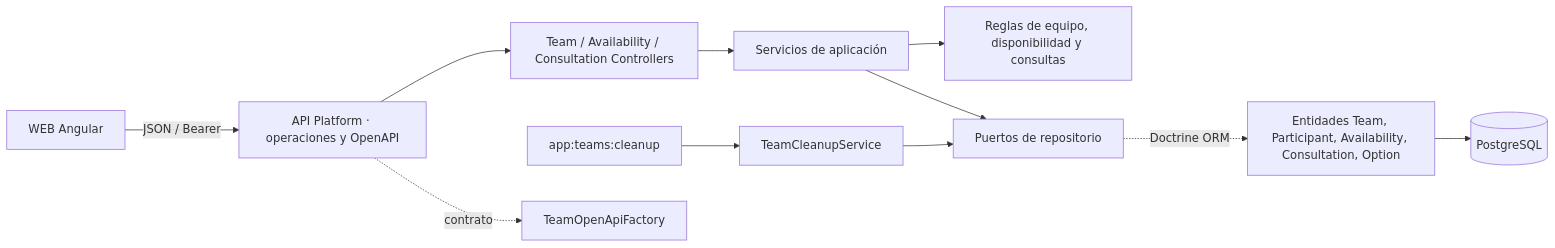
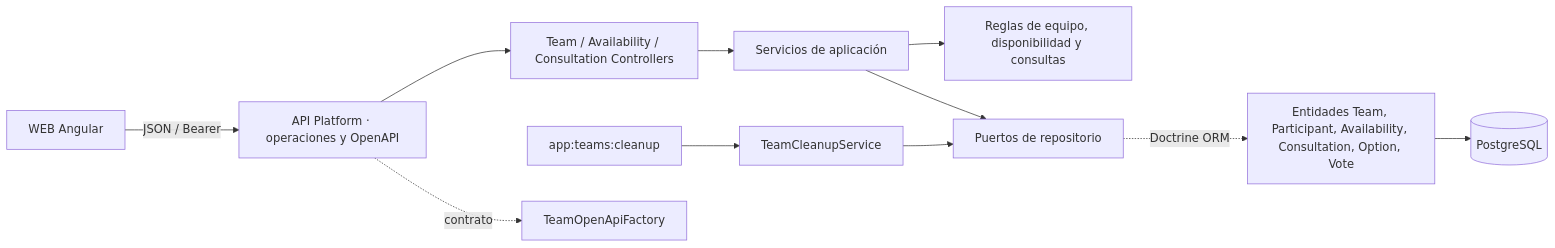
Before and after one commit to franciscoferrandez/SynqoApp: the first of 2 diagrams in doc/architecture/api.md, drawn with Mermaid. The commit also changed other lines of this file and 7 other files, not shown here.

````diff
--- a/doc/architecture/api.md
+++ b/doc/architecture/api.md
@@ -5,13 +5,13 @@
 ```mermaid
 flowchart LR
     Web[WEB Angular] -->|JSON / Bearer| Operations[API Platform · operaciones y OpenAPI]
     Operations --> Controllers[Team / Availability / Consultation Controllers]
     Controllers --> Services[Servicios de aplicación]
     Services --> Rules[Reglas de equipo, disponibilidad y consultas]
     Services --> Ports[Puertos de repositorio]
-    Ports -. Doctrine ORM .-> Records[Entidades Team, Participant, Availability, Consultation, Option]
+    Ports -. Doctrine ORM .-> Records[Entidades Team, Participant, Availability, Consultation, Option, Vote]
     Records --> DB[(PostgreSQL)]
     Command[app:teams:cleanup] --> Cleanup[TeamCleanupService]
     Cleanup --> Ports
     Operations -. contrato .-> OpenAPI[TeamOpenApiFactory]
 ```
````
